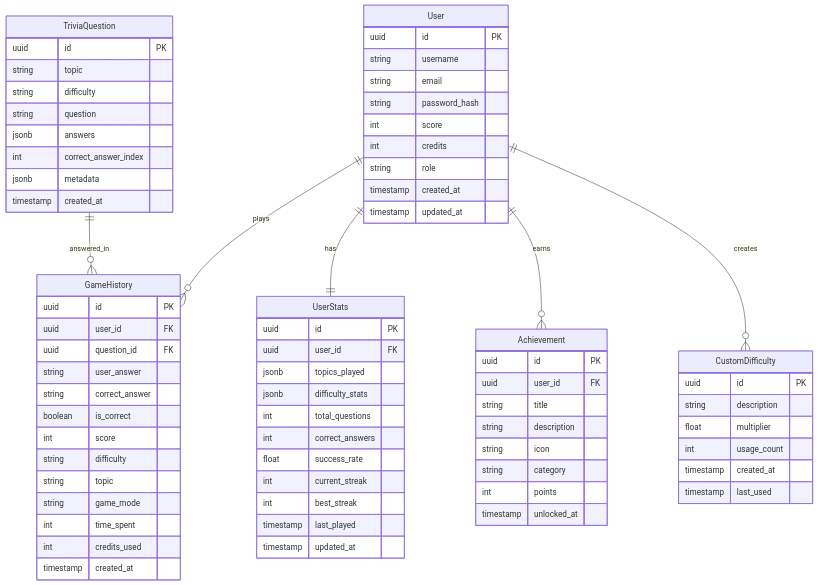
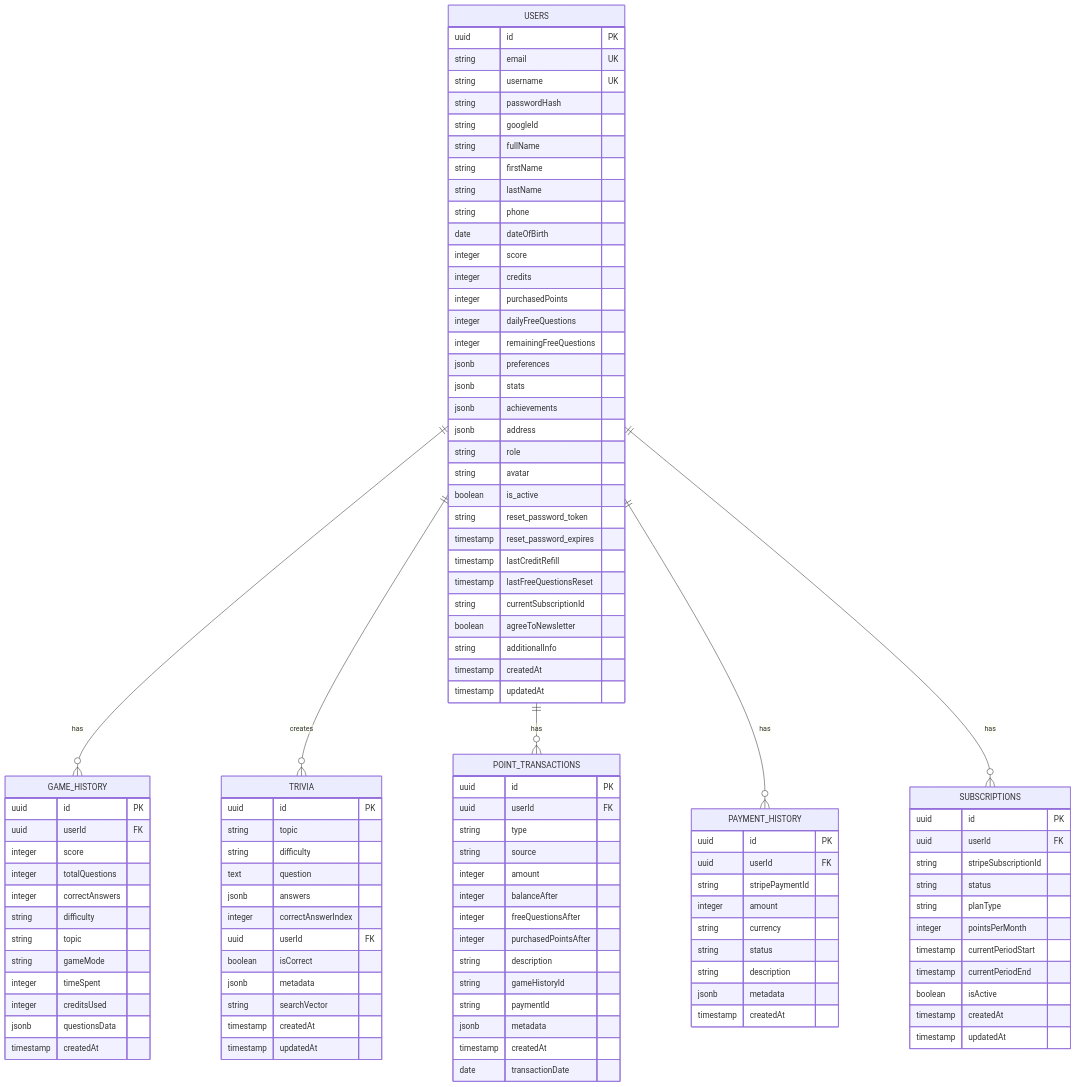
One commit to IsraelRub/EveryTriv changed the ninth of 25 diagrams in docs/DIAGRAMS.md. Above: the diagram before and after it, drawn with Mermaid. The commit also changed other lines of this file and 597 other files, not shown here.

````diff
--- a/docs/DIAGRAMS.md
+++ b/docs/DIAGRAMS.md
@@ -54,81 +522,115 @@
 ```mermaid
 erDiagram
-    User {
+    USERS {
         uuid id PK
-        string username
-        string email
-        string password_hash
-        int score
-        int credits
+        string email UK
+        string username UK
+        string passwordHash
+        string googleId
+        string fullName
+        string firstName
+        string lastName
+        string phone
+        date dateOfBirth
+        integer score
+        integer credits
+        integer purchasedPoints
+        integer dailyFreeQuestions
+        integer remainingFreeQuestions
+        jsonb preferences
+        jsonb stats
+        jsonb achievements
+        jsonb address
         string role
-        timestamp created_at
-        timestamp updated_at
+        string avatar
+        boolean is_active
+        string reset_password_token
+        timestamp reset_password_expires
+        timestamp lastCreditRefill
+        timestamp lastFreeQuestionsReset
+        string currentSubscriptionId
+        boolean agreeToNewsletter
+        string additionalInfo
+        timestamp createdAt
+        timestamp updatedAt
     }
 
-    TriviaQuestion {
+    TRIVIA {
         uuid id PK
         string topic
         string difficulty
-        string question
+        text question
         jsonb answers
-        int correct_answer_index
+        integer correctAnswerIndex
+        uuid userId FK
+        boolean isCorrect
         jsonb metadata
-        timestamp created_at
+        string searchVector
+        timestamp createdAt
+        timestamp updatedAt
     }
 
-    GameHistory {
+    GAME_HISTORY {
         uuid id PK
-        uuid user_id FK
-        uuid question_id FK
-        string user_answer
-        string correct_answer
-        boolean is_correct
-        int score
+        uuid userId FK
+        integer score
+        integer totalQuestions
+        integer correctAnswers
         string difficulty
         string topic
-        string game_mode
-        int time_spent
-        int credits_used
-        timestamp created_at
+        string gameMode
+        integer timeSpent
+        integer creditsUsed
+        jsonb questionsData
+        timestamp createdAt
     }
 
-    UserStats {
+    POINT_TRANSACTIONS {
         uuid id PK
-        uuid user_id FK
-        jsonb topics_played
-        jsonb difficulty_stats
-        int total_questions
-        int correct_answers
-        float success_rate
-        int current_streak
-        int best_streak
-        timestamp last_played
-        timestamp updated_at
+        uuid userId FK
+        string type
+        string source
+        integer amount
+        integer balanceAfter
+        integer freeQuestionsAfter
+        integer purchasedPointsAfter
+        string description
+        string gameHistoryId
+        string paymentId
+        jsonb metadata
+        timestamp createdAt
+        date transactionDate
     }
 
-    Achievement {
+    PAYMENT_HISTORY {
         uuid id PK
-        uuid user_id FK
-        string title
+        uuid userId FK
+        string stripePaymentId
+        integer amount
+        string currency
+        string status
         string description
-        string icon
-        string category
-        int points
-        timestamp unlocked_at
+        jsonb metadata
+        timestamp createdAt
     }
 
-    CustomDifficulty {
+    SUBSCRIPTIONS {
         uuid id PK
-        string description
-        float multiplier
-        int usage_count
-        timestamp created_at
-        timestamp last_used
+        uuid userId FK
+        string stripeSubscriptionId
+        string status
+        string planType
+        integer pointsPerMonth
+        timestamp currentPeriodStart
+        timestamp currentPeriodEnd
+        boolean isActive
+        timestamp createdAt
+        timestamp updatedAt
     }
 
-    User ||--o{ GameHistory : "plays"
-    User ||--|| UserStats : "has"
-    User ||--o{ Achievement : "earns"
-    TriviaQuestion ||--o{ GameHistory : "answered_in"
-    User ||--o{ CustomDifficulty : "creates"
+    USERS ||--o{ GAME_HISTORY : "has"
+    USERS ||--o{ TRIVIA : "creates"
+    USERS ||--o{ POINT_TRANSACTIONS : "has"
+    USERS ||--o{ PAYMENT_HISTORY : "has"
+    USERS ||--o{ SUBSCRIPTIONS : "has"
 ```
````
